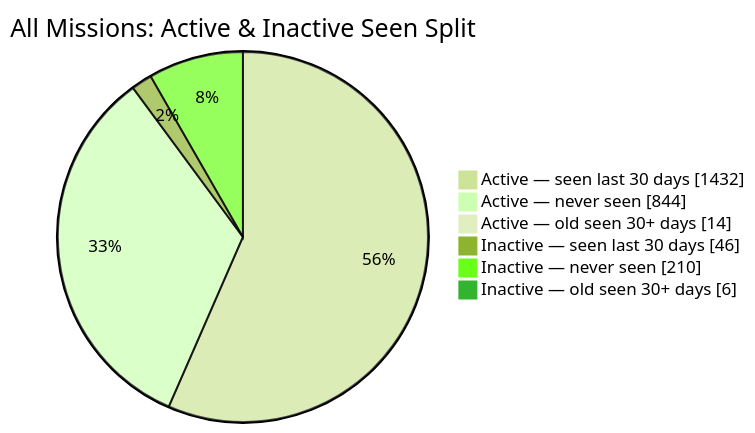
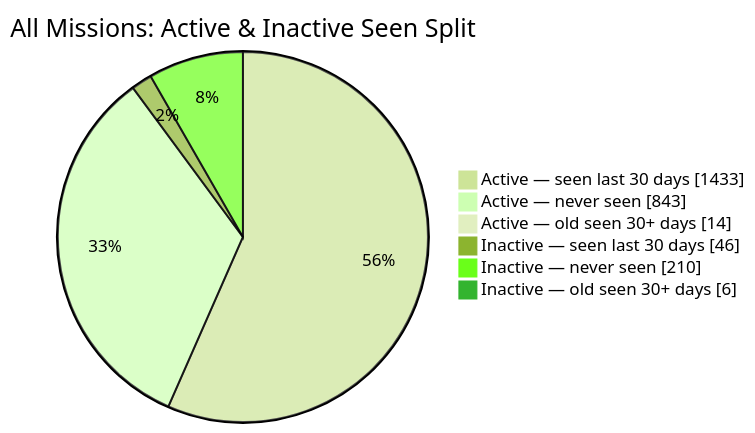
The second of 2 diagrams in README.md (MeldkamerspelGameTeam/active-missions), drawn with Mermaid (forest theme) before and after one commit. The commit also changed other lines of this file and 2 other files, not shown here.

````diff
--- a/README.md
+++ b/README.md
@@ -44,10 +44,10 @@
 ```mermaid
 pie showData
     title All Missions: Active & Inactive Seen Split
-    "Active — seen last 30 days" : 1432
-    "Active — never seen" : 844
+    "Active — seen last 30 days" : 1433
+    "Active — never seen" : 843
     "Active — old seen 30+ days" : 14
     "Inactive — seen last 30 days" : 46
     "Inactive — never seen" : 210
     "Inactive — old seen 30+ days" : 6
 ```
````
